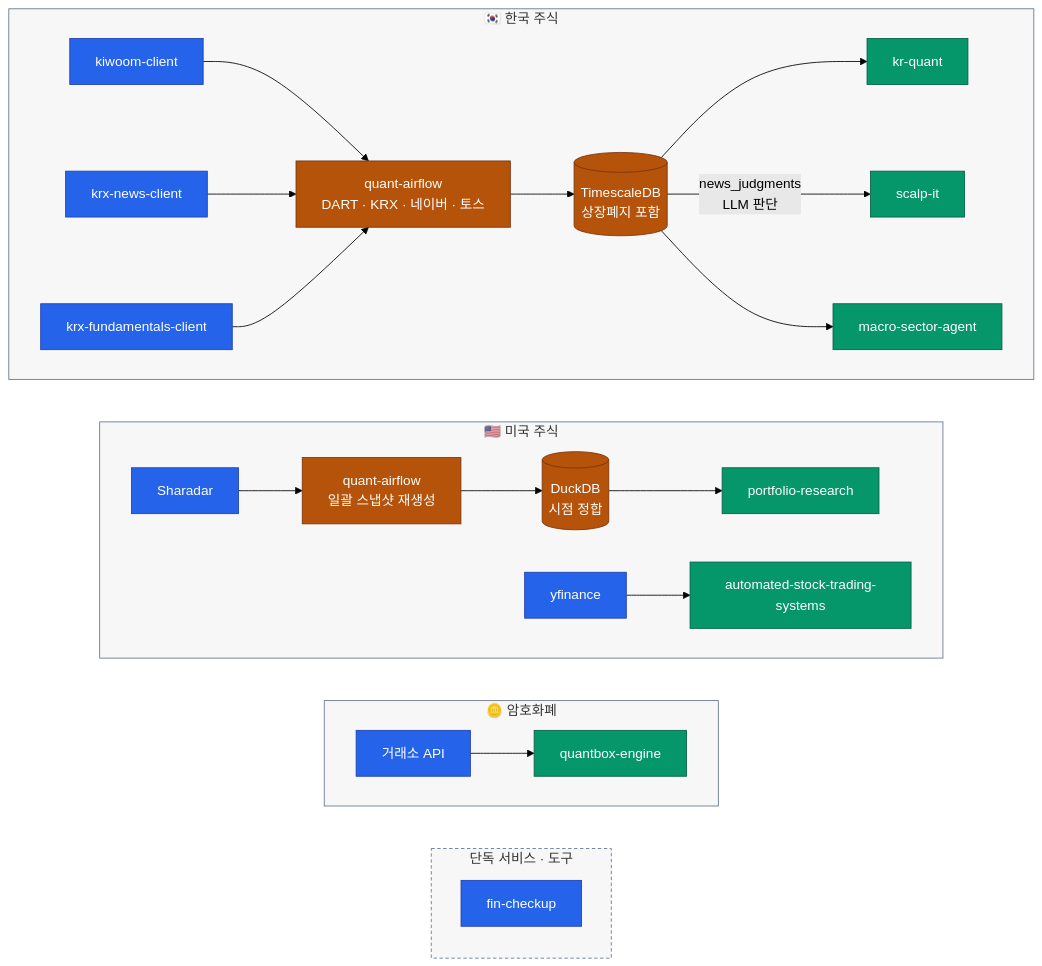
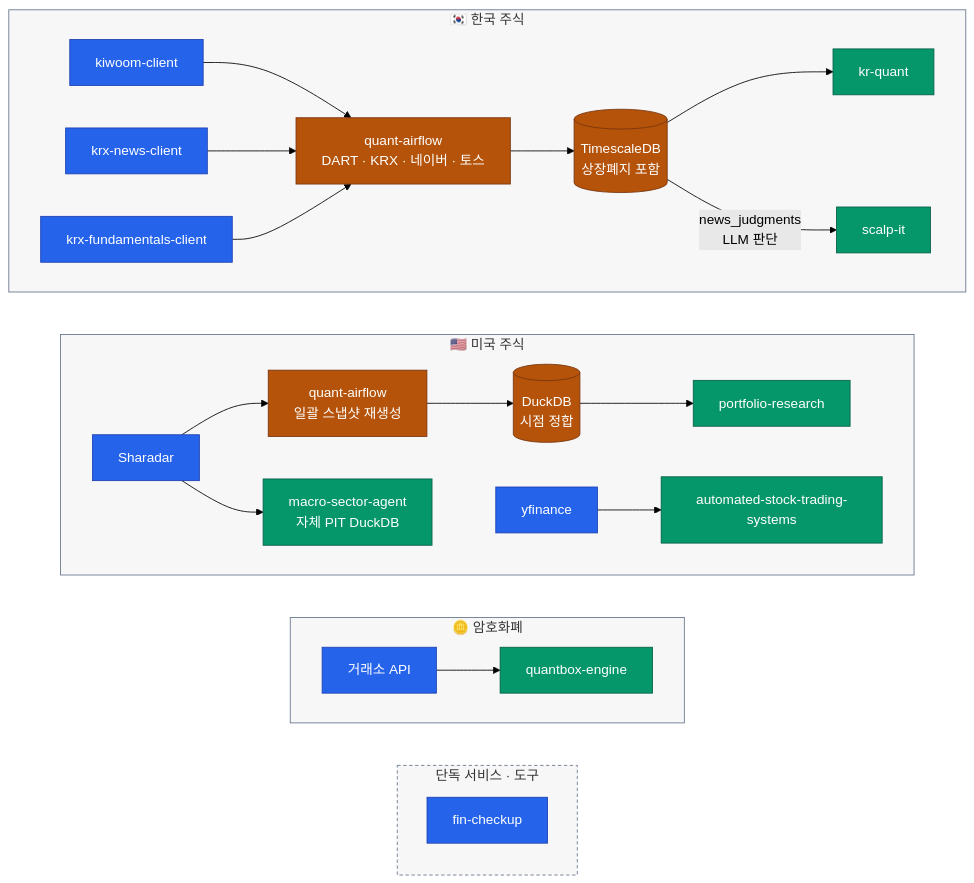
The diagram in README.ko.md (younghwan91/younghwan91), drawn with Mermaid (forest theme) before and after one commit. The commit also changed other lines of this file and 1 other file, not shown here.

First line of the commit message:
docs(readme): 레포 상관관계 재검토 반영 — macro-sector-agent 공개 전환, quantbox 설명 갱신

````diff
--- a/README.ko.md
+++ b/README.ko.md
@@ -22,43 +22,43 @@
 ```mermaid
 flowchart TB
     subgraph KR ["🇰🇷 한국 주식"]
         direction LR
         K["kiwoom-client"] --> AF["quant-airflow<br/>DART · KRX · 네이버 · 토스"] --> DB[("TimescaleDB<br/>상장폐지 포함")] --> Q["kr-quant"]
         NW["krx-news-client"] --> AF
         F["krx-fundamentals-client"] --> AF
         DB -- "news_judgments<br/>LLM 판단" --> SC["scalp-it"]
-        DB --> MS["macro-sector-agent"]
     end
 
     subgraph US ["🇺🇸 미국 주식"]
         direction LR
         SH["Sharadar"] --> AFU["quant-airflow<br/>일괄 스냅샷 재생성"] --> DD[("DuckDB<br/>시점 정합")] --> O["portfolio-research"]
+        SH --> MS["macro-sector-agent<br/>자체 PIT DuckDB"]
         YF["yfinance"] --> AT["automated-stock-trading-systems"]
     end
 
     subgraph CX ["🪙 암호화폐"]
         direction LR
         EX["거래소 API"] --> CR["quantbox-engine"]
     end
 
     subgraph SVC ["단독 서비스 · 도구"]
         direction TB
         FC["fin-checkup"]
     end
 
     %% 세로 정렬용 — `~~~` 는 그 자체로 보이지 않는 링크다(linkStyle 불필요).
     KR ~~~ US ~~~ CX ~~~ SVC
 
     classDef source fill:#2563EB,stroke:#1E40AF,color:#FFFFFF
     classDef move   fill:#B45309,stroke:#78350F,color:#FFFFFF
     classDef out    fill:#059669,stroke:#065F46,color:#FFFFFF
 
     class K,SH,YF,EX,F,NW,FC source
     class AF,AFU,DB,DD move
     class Q,O,AT,CR,SC,MS out
 
     style KR  fill:#0F172A08,stroke:#64748B
     style US  fill:#0F172A08,stroke:#64748B
     style CX  fill:#0F172A08,stroke:#64748B
     style SVC fill:#0F172A08,stroke:#64748B,stroke-dasharray:4 3
 ```
````
